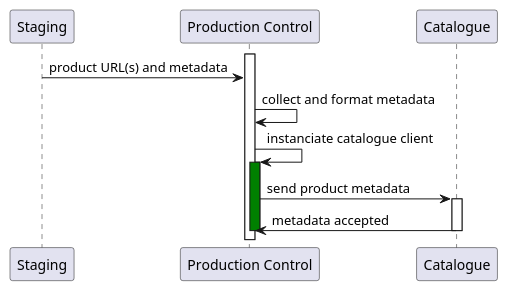
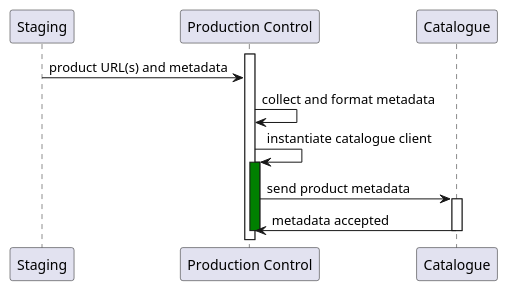
One commit to urban-tep/DDF-SDD changed the third of 3 diagrams in source/design/UC02.rst. Above: the diagram before and after it, drawn with PlantUML. The commit also changed other lines of this file and 10 other files, not shown here.

Commit message:
Added description to the sequence diagram in UC02. Modified some index.rst so that the left-side toolbar always represents the right document structure.

```diff
--- a/source/design/UC02.rst
+++ b/source/design/UC02.rst
@@ -202,18 +218,18 @@
 .. uml::
   :caption: Product registration to catalogue
   :align: center
   
   participant "Staging"
   participant "Production Control" as PC
   participant "Catalogue"
   
   activate PC
   Staging -> PC : product URL(s) and metadata
   PC -> PC : collect and format metadata
-  PC -> PC : instanciate catalogue client
+  PC -> PC : instantiate catalogue client
   activate PC #Green
   PC -> Catalogue : send product metadata
   activate Catalogue
   Catalogue -> PC : metadata accepted
   deactivate Catalogue
   deactivate PC
```
